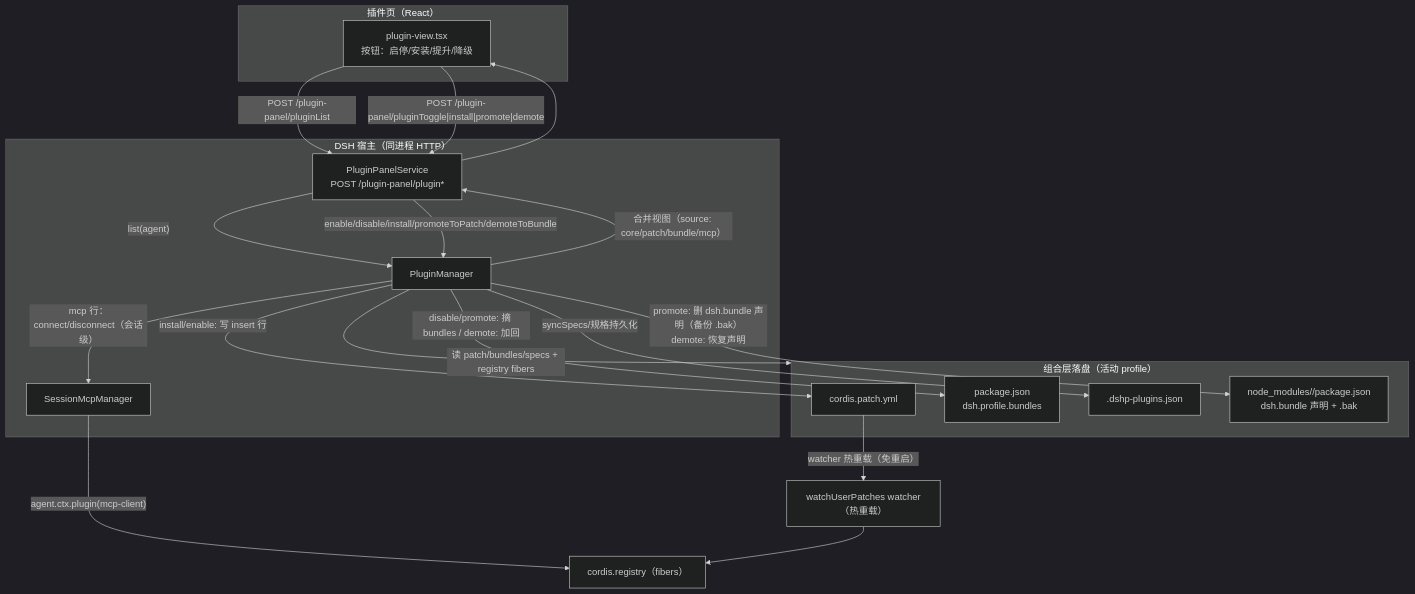
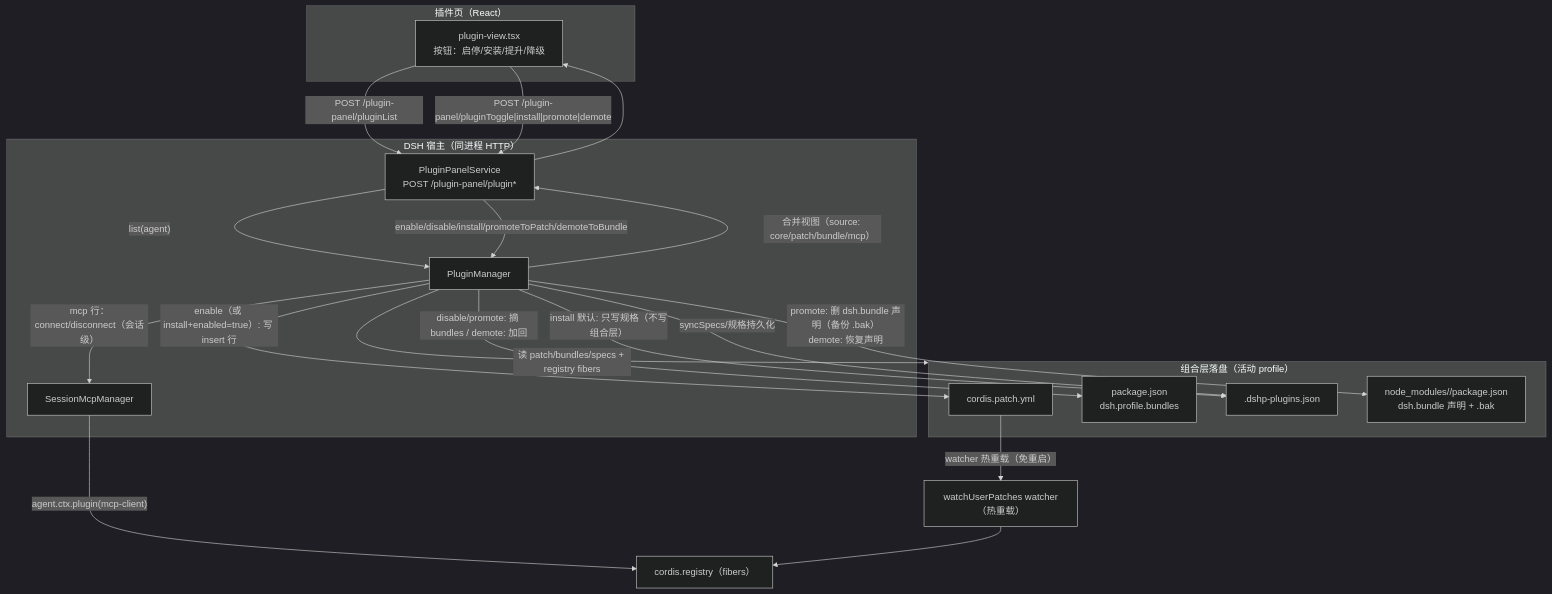
The diagram in docs/diagrams/plugin-dataflow.md (KuramiWan/dshp-plugin-panel), drawn with Mermaid (dark theme) before and after one commit. The commit also changed other lines of this file and 11 other files, not shown here.

````diff
--- a/docs/diagrams/plugin-dataflow.md
+++ b/docs/diagrams/plugin-dataflow.md
@@ -10,41 +10,42 @@
 ```mermaid
 flowchart TD
     subgraph UI["插件页（React）"]
         CL["plugin-view.tsx<br/>按钮：启停/安装/提升/降级"]
     end
 
     subgraph HOST["DSH 宿主（同进程 HTTP）"]
         SVC["PluginPanelService<br/>POST /plugin-panel/plugin*"]
         PM["PluginManager"]
         MCP["SessionMcpManager"]
     end
 
     subgraph FILES["组合层落盘（活动 profile）"]
         PATCH["cordis.patch.yml"]
         BUNDLES["package.json<br/>dsh.profile.bundles"]
         STATE[".dshp-plugins.json"]
         PKGB["node_modules/<pkg>/package.json<br/>dsh.bundle 声明 + .bak"]
     end
 
     W["watchUserPatches watcher（热重载）"]
     REG["cordis.registry（fibers）"]
 
     CL -->|"POST /plugin-panel/pluginList"| SVC
     SVC -->|"list(agent)"| PM
     PM -->|"读 patch/bundles/specs + registry fibers"| FILES
     PM -->|"合并视图（source: core/patch/bundle/mcp）"| SVC
     SVC --> CL
 
     CL -->|"POST /plugin-panel/pluginToggle|install|promote|demote"| SVC
     SVC -->|"enable/disable/install/promoteToPatch/demoteToBundle"| PM
 
-    PM -->|"install/enable: 写 insert 行"| PATCH
+    PM -->|"enable（或 install+enabled=true）: 写 insert 行"| PATCH
+    PM -->|"install 默认: 只写规格（不写组合层）"| STATE
     PM -->|"disable/promote: 摘 bundles / demote: 加回"| BUNDLES
     PM -->|"promote: 删 dsh.bundle 声明（备份 .bak）<br/>demote: 恢复声明"| PKGB
     PM -->|"syncSpecs/规格持久化"| STATE
     PM -->|"mcp 行：connect/disconnect（会话级）"| MCP
     MCP -->|"agent.ctx.plugin(mcp-client)"| REG
 
     PATCH -->|"watcher 热重载（免重启）"| W
     W --> REG
 ```
````
